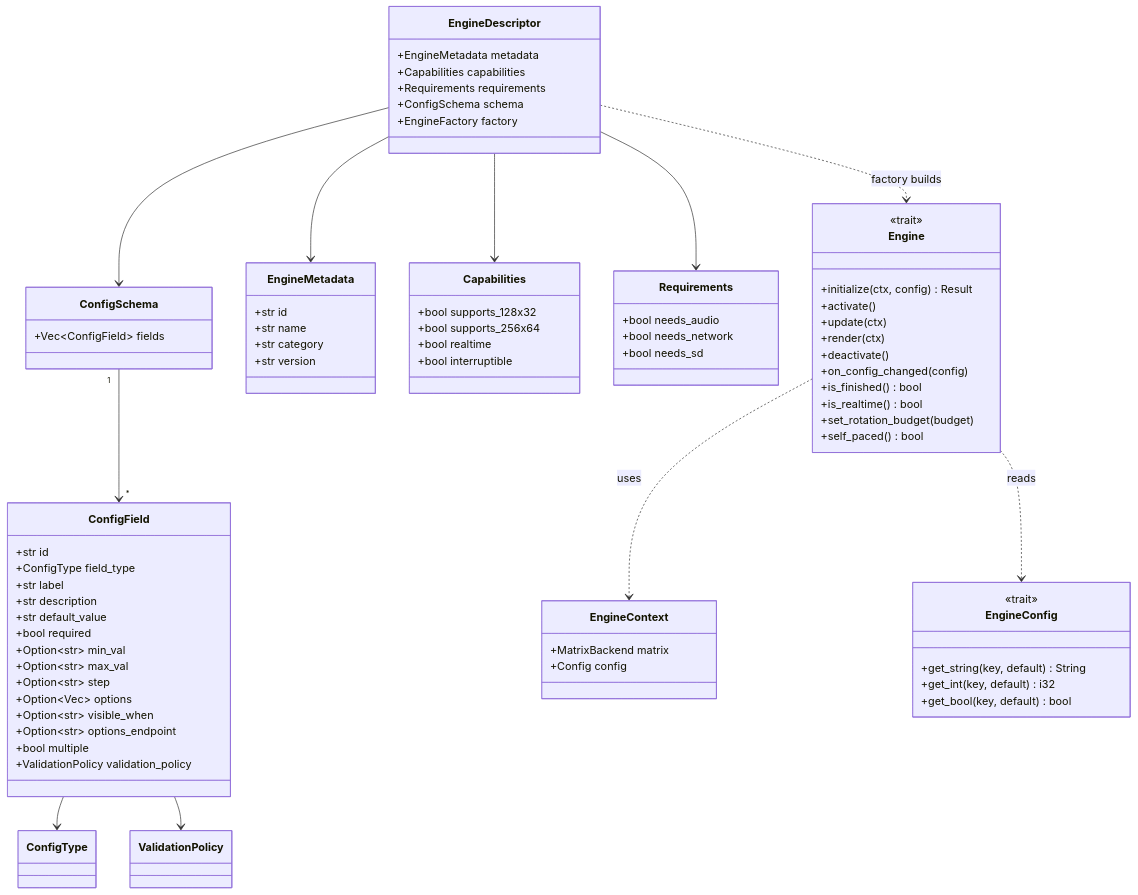
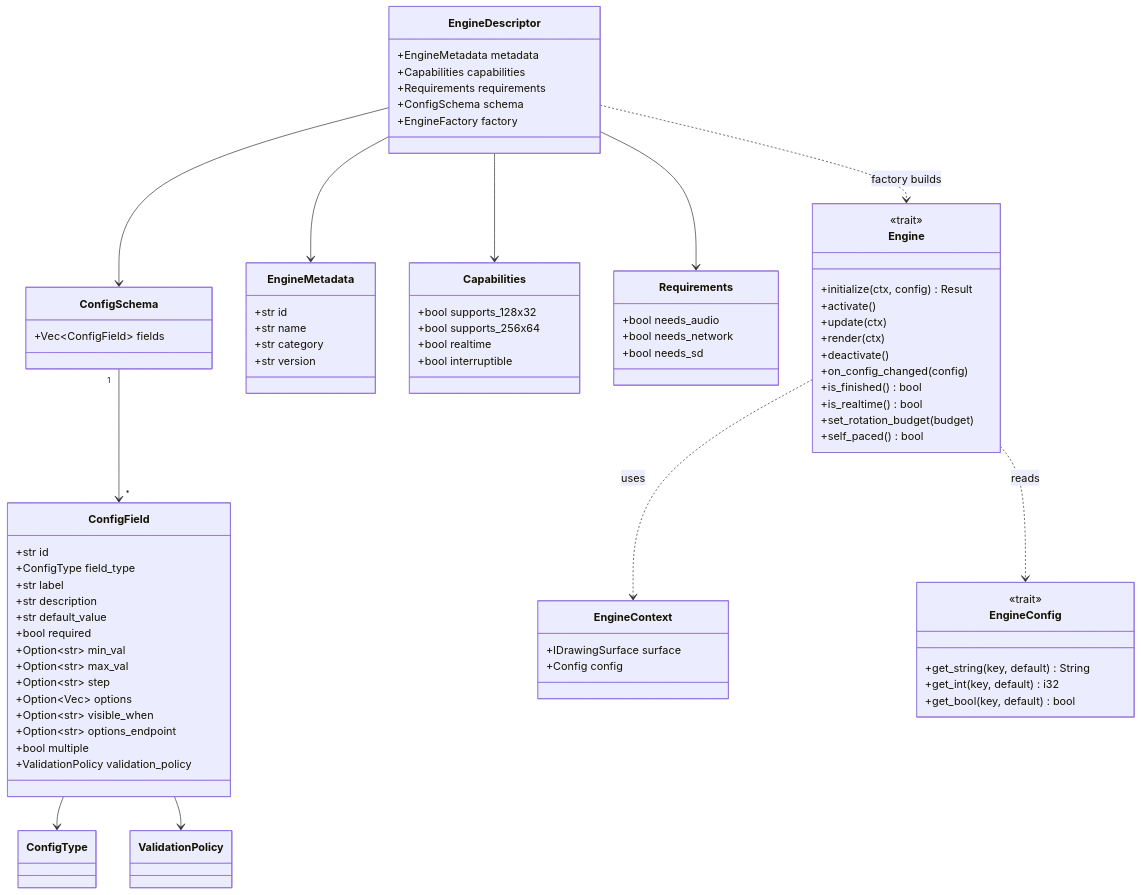
Before and after one commit to red77290/ArcadeMatrix_RPI: the second of 14 diagrams in docs/ARCHITECTURE.md, drawn with Mermaid. The commit also changed other lines of this file and 114 other files, not shown here.

```diff
--- a/docs/ARCHITECTURE.md
+++ b/docs/ARCHITECTURE.md
@@ -153,7 +153,7 @@
     }
 
     class EngineContext {
-        +MatrixBackend matrix
+        +IDrawingSurface surface
         +Config config
     }
 
```
